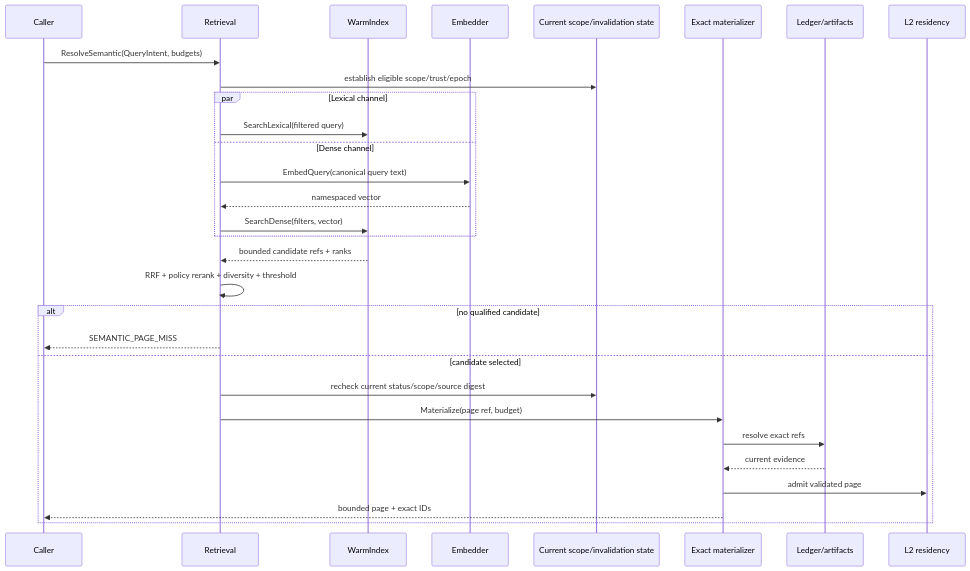
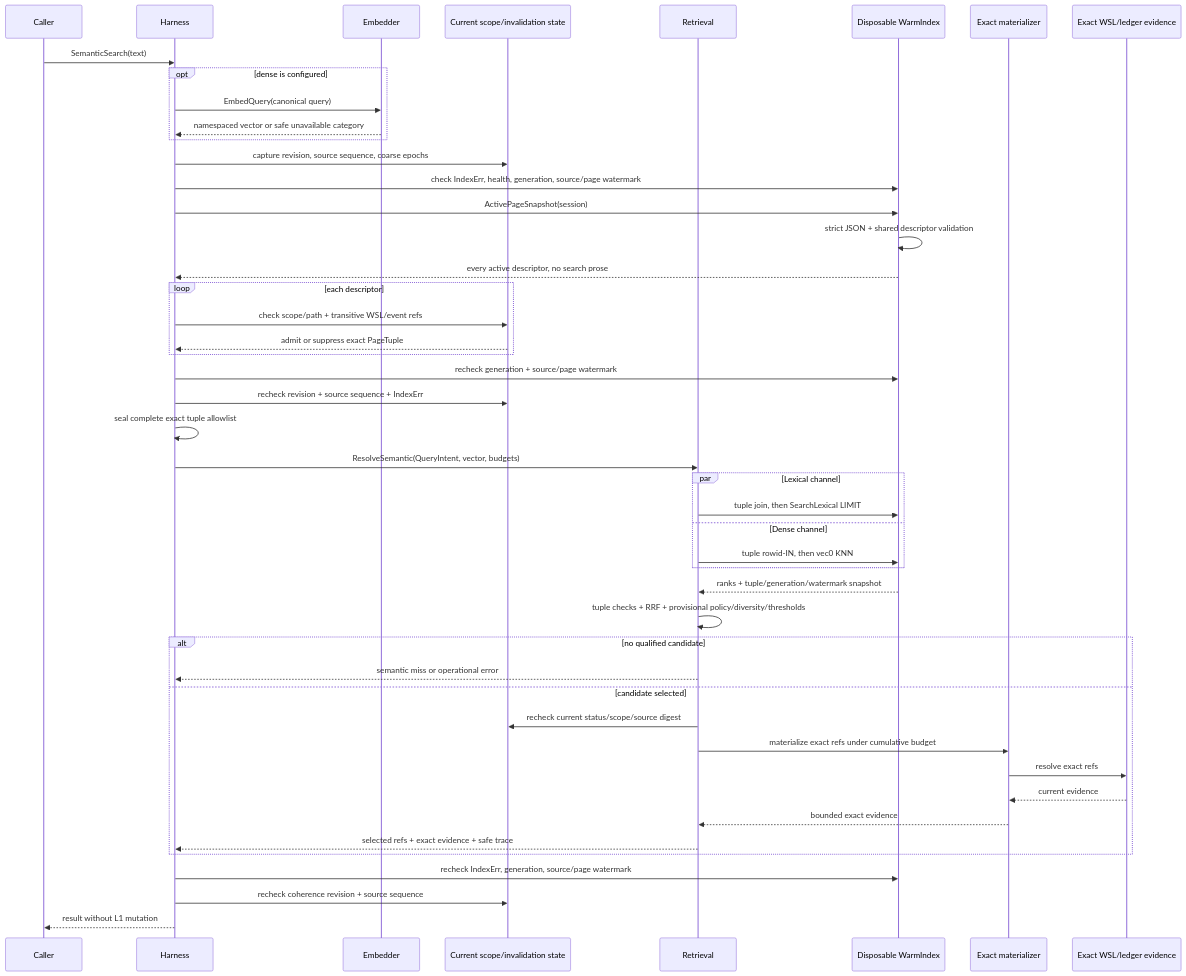
Before and after one commit to rexbrahh/WSMS: the seventh of 10 diagrams in docs/architecture.md, drawn with Mermaid. The commit also changed other lines of this file and 4 other files, not shown here.

````diff
--- a/docs/architecture.md
+++ b/docs/architecture.md
@@ -544,33 +559,50 @@
 ```mermaid
 sequenceDiagram
     participant Caller
-    participant Retrieval
-    participant Index as WarmIndex
+    participant Harness
     participant Embedder
     participant State as Current scope/invalidation state
+    participant Retrieval
+    participant Index as Disposable WarmIndex
     participant Faults as Exact materializer
-    participant L4 as Ledger/artifacts
-    participant L2 as L2 residency
+    participant L4 as Exact WSL/ledger evidence
 
-    Caller->>Retrieval: ResolveSemantic(QueryIntent, budgets)
-    Retrieval->>State: establish eligible scope/trust/epoch
+    Caller->>Harness: SemanticSearch(text)
+    opt dense is configured
+        Harness->>Embedder: EmbedQuery(canonical query)
+        Embedder-->>Harness: namespaced vector or safe unavailable category
+    end
+    Harness->>State: capture revision, source sequence, coarse epochs
+    Harness->>Index: check IndexErr, health, generation, source/page watermark
+    Harness->>Index: ActivePageSnapshot(session)
+    Index->>Index: strict JSON + shared descriptor validation
+    Index-->>Harness: every active descriptor, no search prose
+    loop each descriptor
+        Harness->>State: check scope/path + transitive WSL/event refs
+        State-->>Harness: admit or suppress exact PageTuple
+    end
+    Harness->>Index: recheck generation + source/page watermark
+    Harness->>State: recheck revision + source sequence + IndexErr
+    Harness->>Harness: seal complete exact tuple allowlist
+    Harness->>Retrieval: ResolveSemantic(QueryIntent, vector, budgets)
     par Lexical channel
-        Retrieval->>Index: SearchLexical(filtered query)
+        Retrieval->>Index: tuple join, then SearchLexical LIMIT
     and Dense channel
-        Retrieval->>Embedder: EmbedQuery(canonical query text)
-        Embedder-->>Retrieval: namespaced vector
-        Retrieval->>Index: SearchDense(filters, vector)
+        Retrieval->>Index: tuple rowid-IN, then vec0 KNN
     end
-    Index-->>Retrieval: bounded candidate refs + ranks
-    Retrieval->>Retrieval: RRF + policy rerank + diversity + threshold
+    Index-->>Retrieval: ranks + tuple/generation/watermark snapshot
+    Retrieval->>Retrieval: tuple checks + RRF + provisional policy/diversity/thresholds
     alt no qualified candidate
-        Retrieval-->>Caller: SEMANTIC_PAGE_MISS
+        Retrieval-->>Harness: semantic miss or operational error
     else candidate selected
         Retrieval->>State: recheck current status/scope/source digest
-        Retrieval->>Faults: Materialize(page ref, budget)
+        Retrieval->>Faults: materialize exact refs under cumulative budget
         Faults->>L4: resolve exact refs
         L4-->>Faults: current evidence
-        Faults->>L2: admit validated page
-        Faults-->>Caller: bounded page + exact IDs
+        Faults-->>Retrieval: bounded exact evidence
+        Retrieval-->>Harness: selected refs + exact evidence + safe trace
     end
+    Harness->>Index: recheck IndexErr, generation, source/page watermark
+    Harness->>State: recheck coherence revision + source sequence
+    Harness-->>Caller: result without L1 mutation
 ```
````
